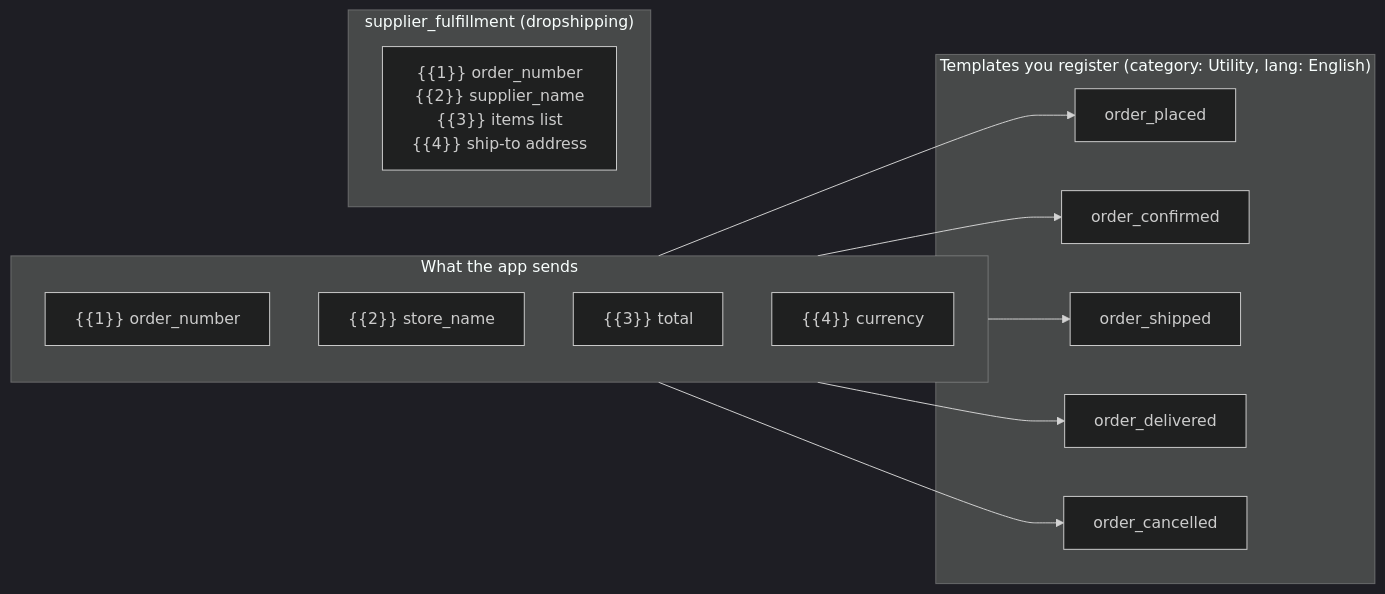
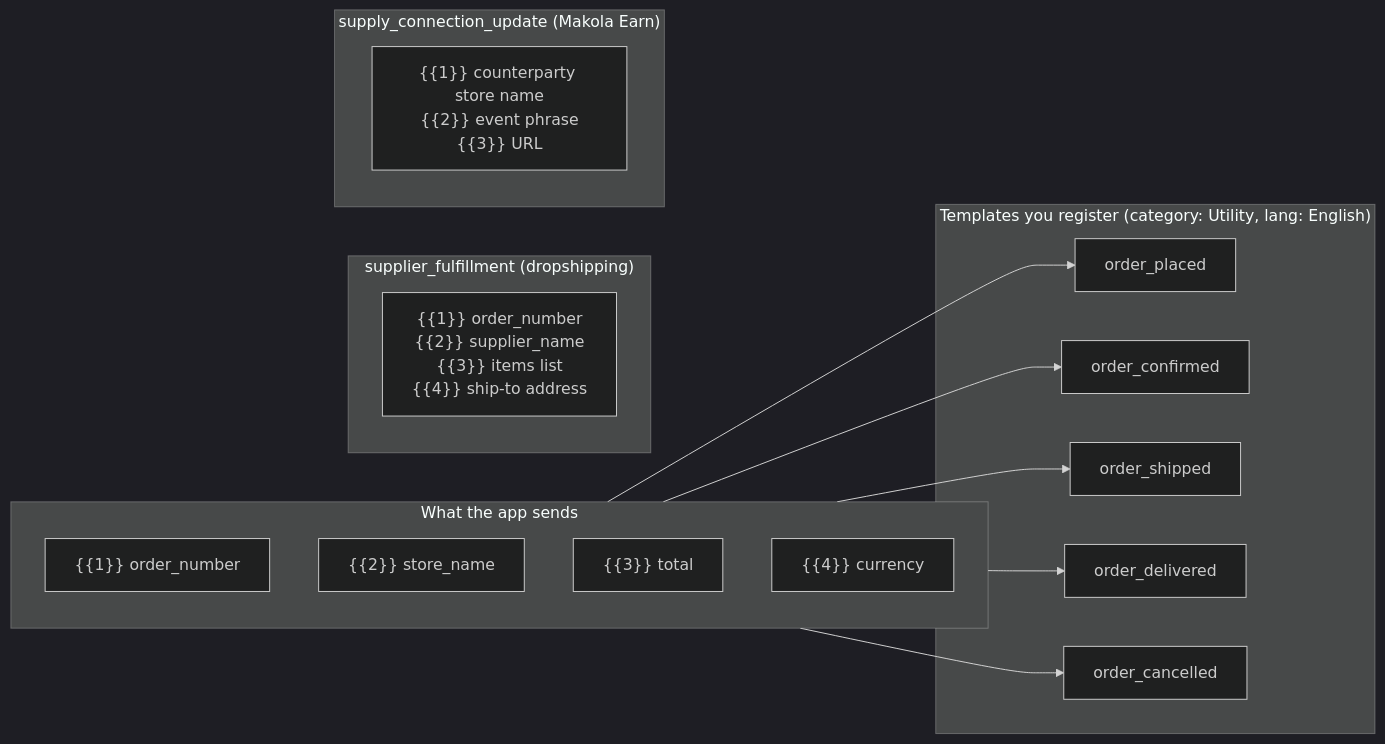
The seventh of 14 diagrams in docs/PROVIDER_SETUP.md (kojjob/emakola), drawn with Mermaid (dark theme) before and after one commit. The commit also changed other lines of this file and 2 other files, not shown here.

````diff
--- a/docs/PROVIDER_SETUP.md
+++ b/docs/PROVIDER_SETUP.md
@@ -163,20 +163,23 @@
 ```mermaid
 flowchart LR
     subgraph Code["What the app sends"]
         P1["{{1}} order_number"]
         P2["{{2}} store_name"]
         P3["{{3}} total"]
         P4["{{4}} currency"]
     end
     subgraph Meta["Templates you register (category: Utility, lang: English)"]
         T1["order_placed"]
         T2["order_confirmed"]
         T3["order_shipped"]
         T4["order_delivered"]
         T5["order_cancelled"]
     end
     Code --> T1 & T2 & T3 & T4 & T5
     subgraph Supplier["supplier_fulfillment (dropshipping)"]
         S1["{{1}} order_number<br/>{{2}} supplier_name<br/>{{3}} items list<br/>{{4}} ship-to address"]
     end
+    subgraph Connection["supply_connection_update (Makola Earn)"]
+        C1["{{1}} counterparty store name<br/>{{2}} event phrase<br/>{{3}} URL"]
+    end
 ```
````
